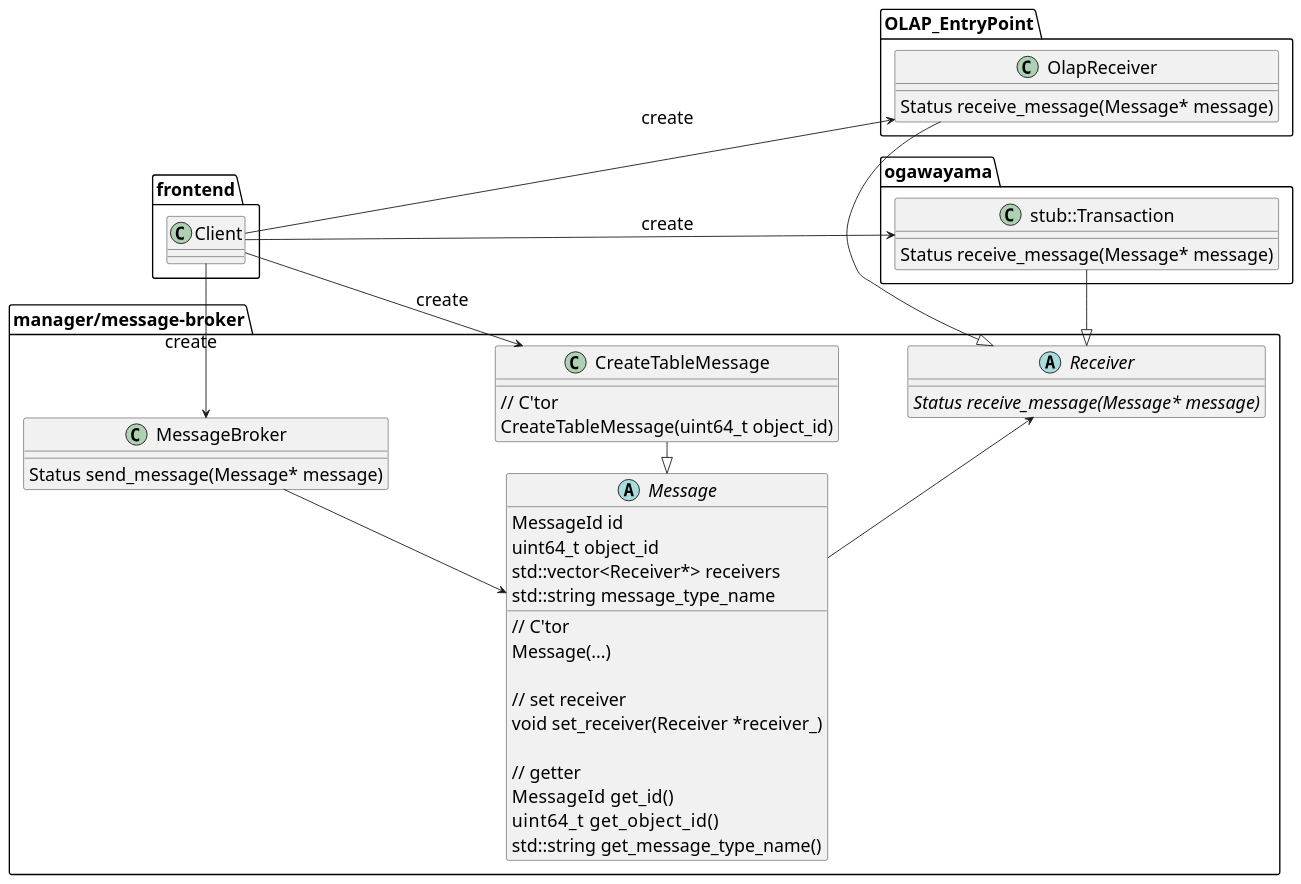
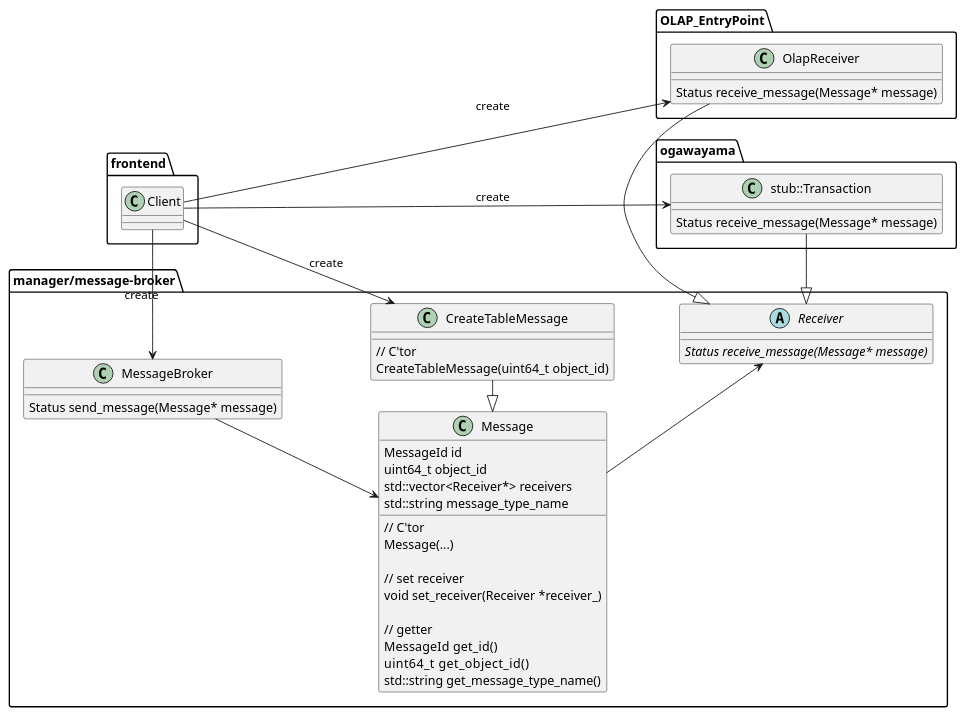
Before and after one commit to project-tsurugi/tsurugi_fdw: the diagram in docs/design/img/Command_detail.pu, drawn with PlantUML. The commit also changed 1 other file, not shown here.

Commit message:
Change a type of Message class abstract to concrete

```diff
--- a/docs/design/img/Command_detail.pu
+++ b/docs/design/img/Command_detail.pu
@@ -4,69 +4,68 @@
 @startuml Command_detail
 left to right direction
-skinparam defaultFontSize 20
 
 package "manager/message-broker" {
   abstract class Receiver {
     {abstract} Status receive_message(Message* message)
   }
 
-  abstract class Message{
+  class Message{
   	{field}MessageId id　　　　　　
   	{field}uint64_t object_id　　
   	{field}std::vector<Receiver*> receivers
   	{field}std::string message_type_name
     {method}// C'tor
   	{method}Message(...)
     {method}
     {method}// set receiver
   	{method}void set_receiver(Receiver *receiver_)
     {method}
     {method}// getter
   	{method}MessageId  get_id()
   	{method}uint64_t    get_object_id()
   	{method}std::string get_message_type_name()
   }
 
   class CreateTableMessage {
     {method}// C'tor
   	{method}CreateTableMessage(uint64_t object_id)
   }
 
   class MessageBroker {
     {method}Status send_message(Message* message)
   }
 }
 
 package ogawayama {
   class "stub::Transaction" {
     {method}Status receive_message(Message* message)
   }
 }
 
 package OLAP_EntryPoint {
   class OlapReceiver {
     {method}Status receive_message(Message* message)
   }
 }
 
 package frontend {
   class Client {
   }
 
 }
 
 "stub::Transaction" -|> Receiver
 
 MessageBroker --> Message
 Message --> Receiver
 
 Message <|- CreateTableMessage
 
 Client --> CreateTableMessage : create
 Client -> "stub::Transaction" : create
 MessageBroker <- Client : create
 
 OlapReceiver -|> Receiver
 Client -> OlapReceiver : create
 
 @enduml
```
